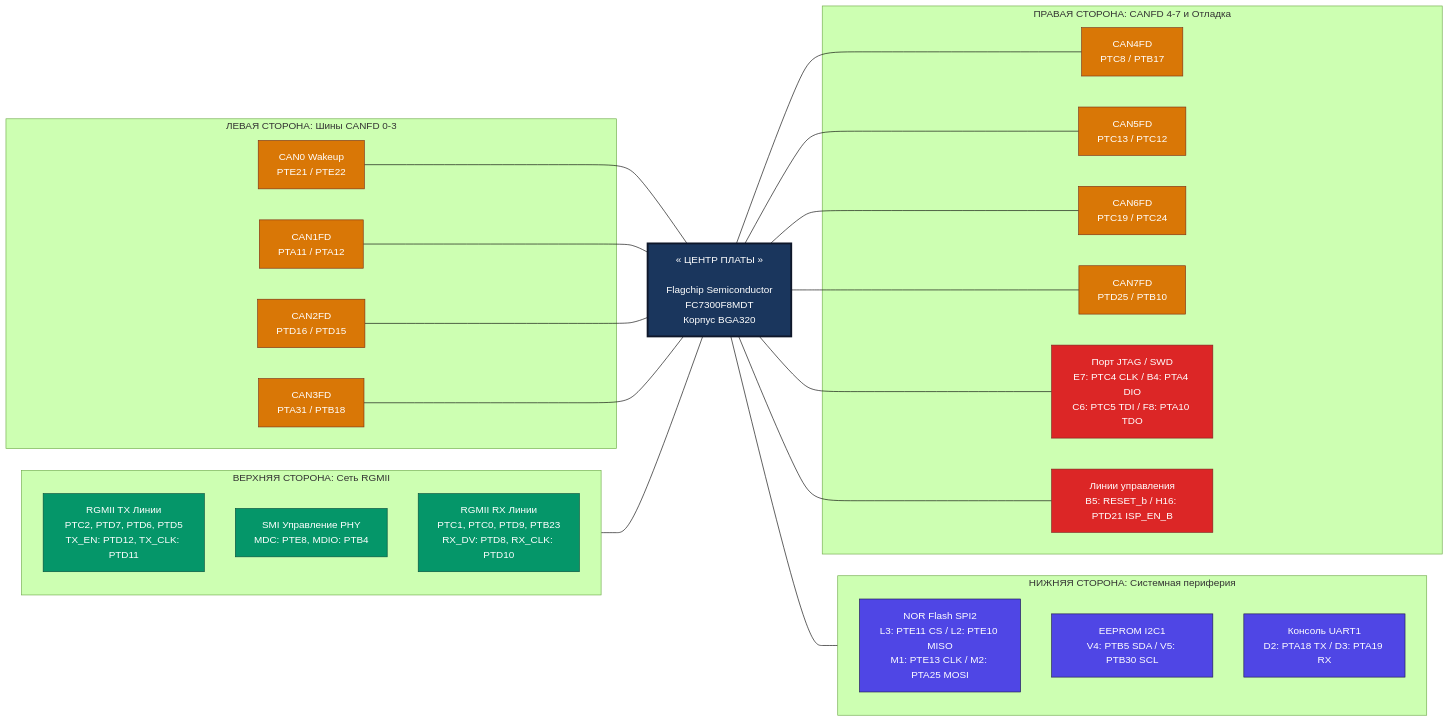
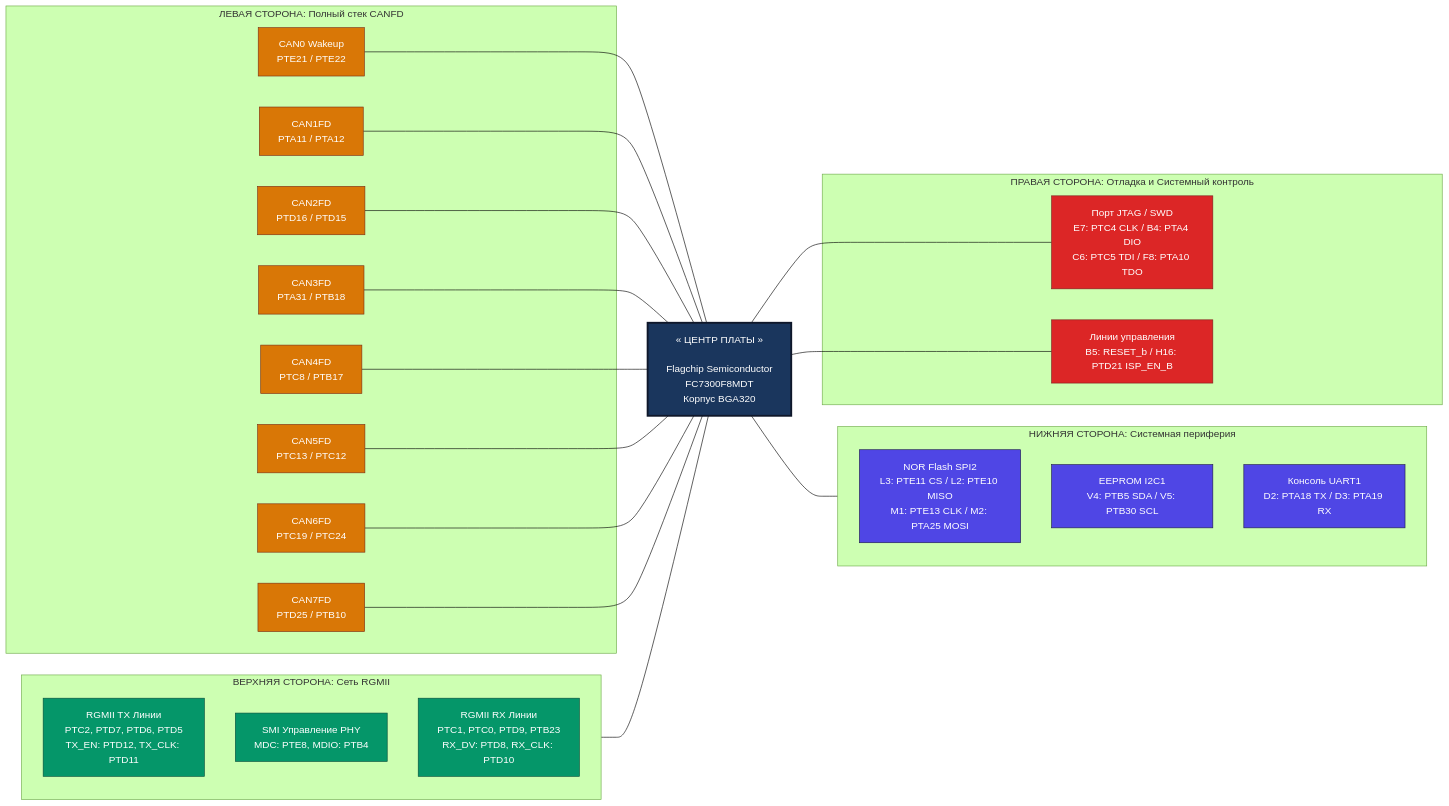
Before and after one commit to sdyspb/can-fd-logger: the diagram in hardware/schematics/fc7300-hat-fbd.md, drawn with Mermaid (forest theme). The commit also changed other lines of this file, not shown here.

````diff
--- a/hardware/schematics/fc7300-hat-fbd.md
+++ b/hardware/schematics/fc7300-hat-fbd.md
@@ -77,74 +3,75 @@
 ```mermaid
 graph LR
     %% Стилизация компонентов
     classDef mcu fill:#1a365d,stroke:#0f172a,stroke-width:3px,color:#ffffff;
     classDef can fill:#d97706,stroke:#7c2d12,stroke-width:1px,color:#ffffff;
     classDef eth fill:#059669,stroke:#064e3b,stroke-width:1px,color:#ffffff;
     classDef debug fill:#dc2626,stroke:#7f1d1d,stroke-width:1px,color:#ffffff;
     classDef peri fill:#4f46e5,stroke:#1e1b4b,stroke-width:1px,color:#ffffff;
 
     %% -------------------------------------------------------------
-    %% ЛЕВАЯ СТОРОНА: СЕТЬ CANFD (КАНАЛЫ 0 - 3)
+    %% ЛЕВАЯ СТОРОНА: ВСЕ ИНТЕРФЕЙСЫ CANFD (0 - 7)
     %% -------------------------------------------------------------
-    subgraph LEFT [ЛЕВАЯ СТОРОНА: Шины CANFD 0-3]
+    subgraph LEFT [ЛЕВАЯ СТОРОНА: Полный стек CANFD]
         CAN_W[CAN0 Wakeup<br>PTE21 / PTE22]:::can
         CAN1[CAN1FD<br>PTA11 / PTA12]:::can
         CAN2[CAN2FD<br>PTD16 / PTD15]:::can
         CAN3[CAN3FD<br>PTA31 / PTB18]:::can
+        CAN4[CAN4FD<br>PTC8 / PTB17]:::can
+        CAN5[CAN5FD<br>PTC13 / PTC12]:::can
+        CAN6[CAN6FD<br>PTC19 / PTC24]:::can
+        CAN7[CAN7FD<br>PTD25 / PTB10]:::can
     end
 
     %% -------------------------------------------------------------
     %% ВЕРХНЯЯ СТОРОНА: СЕТЕВОЙ ИНТЕРФЕЙС GIGABIT ETHERNET
     %% -------------------------------------------------------------
     subgraph TOP [ВЕРХНЯЯ СТОРОНА: Сеть RGMII]
         RGMII_TX[RGMII TX Линии<br>PTC2, PTD7, PTD6, PTD5<br>TX_EN: PTD12, TX_CLK: PTD11]:::eth
         SMI_MGMT[SMI Управление PHY<br>MDC: PTE8, MDIO: PTB4]:::eth
         RGMII_RX[RGMII RX Линии<br>PTC1, PTC0, PTD9, PTB23<br>RX_DV: PTD8, RX_CLK: PTD10]:::eth
     end
 
     %% -------------------------------------------------------------
     %% ЦЕНТР: МИКРОКОНТРОЛЛЕР
     %% -------------------------------------------------------------
     MCU[« ЦЕНТР ПЛАТЫ »<br><br>Flagchip Semiconductor<br>FC7300F8MDT<br>Корпус BGA320]:::mcu
 
     %% -------------------------------------------------------------
-    %% НИЖНЯЯ СТОРОНА: ПАМЯТЬ, КОНСОЛЬ И СИСТЕМНОЕ УПРАВЛЕНИЕ
+    %% НИЖНЯЯ СТОРОНА: ПАМЯТЬ, КОНСОЛЬ И МЕДЛЕННАЯ ПЕРИФЕРИЯ
     %% -------------------------------------------------------------
     subgraph BOTTOM [НИЖНЯЯ СТОРОНА: Системная периферия]
         SPI_FLASH[NOR Flash SPI2<br>L3: PTE11 CS / L2: PTE10 MISO<br>M1: PTE13 CLK / M2: PTA25 MOSI]:::peri
         I2C_EEPROM[EEPROM I2C1<br>V4: PTB5 SDA / V5: PTB30 SCL]:::peri
         UART_CONS[Консоль UART1<br>D2: PTA18 TX / D3: PTA19 RX]:::peri
     end
 
     %% -------------------------------------------------------------
-    %% ПРАВАЯ СТОРОНА: СЕТЬ CANFD (КАНАЛЫ 4 - 7) И ОТЛАДКА
+    %% ПРАВАЯ СТОРОНА: ОТЛАДКА, ПРОГРАММИРОВАНИЕ И УПРАВЛЕНИЕ
     %% -------------------------------------------------------------
-    subgraph RIGHT [ПРАВАЯ СТОРОНА: CANFD 4-7 и Отладка]
-        CAN4[CAN4FD<br>PTC8 / PTB17]:::can
-        CAN5[CAN5FD<br>PTC13 / PTC12]:::can
-        CAN6[CAN6FD<br>PTC19 / PTC24]:::can
-        CAN7[CAN7FD<br>PTD25 / PTB10]:::can
+    subgraph RIGHT [ПРАВАЯ СТОРОНА: Отладка и Системный контроль]
         DEBUG_PORT[Порт JTAG / SWD<br>E7: PTC4 CLK / B4: PTA4 DIO<br>C6: PTC5 TDI / F8: PTA10 TDO]:::debug
         SYS_CTRL[Линии управления<br>B5: RESET_b / H16: PTD21 ISP_EN_B]:::debug
     end
 
     %% -------------------------------------------------------------
     %% БЕЗНАПРАВЛЕННЫЕ СВЯЗИ ДЛЯ КОРРЕКТНОЙ ГЕОМЕТРИИ ОКРУЖЕНИЯ
     %% -------------------------------------------------------------
-    %% Принудительный рендеринг верхнего и нижнего секторов через скрытые или явные связи
+    %% Вертикальное распределение верхнего и нижнего секторов
     TOP --- MCU
     MCU --- BOTTOM
 
-    %% Горизонтальное распределение левого и правого секторов
+    %% Связи всей группы CANFD на левую сторону кристалла
     CAN_W --- MCU
     CAN1 --- MCU
     CAN2 --- MCU
     CAN3 --- MCU
+    CAN4 --- MCU
+    CAN5 --- MCU
+    CAN6 --- MCU
+    CAN7 --- MCU
 
-    MCU --- CAN4
-    MCU --- CAN5
-    MCU --- CAN6
-    MCU --- CAN7
+    %% Связи отладки и системных сигналов на правую сторону кристалла
     MCU --- DEBUG_PORT
     MCU --- SYS_CTRL
 ```
````
